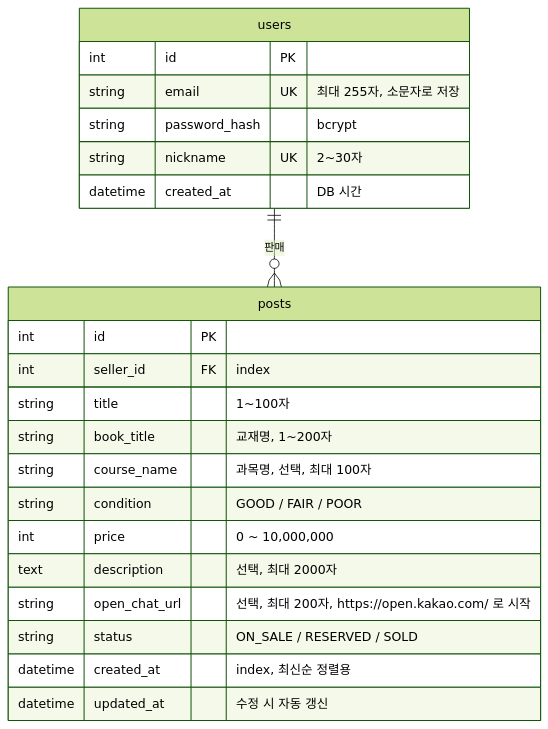
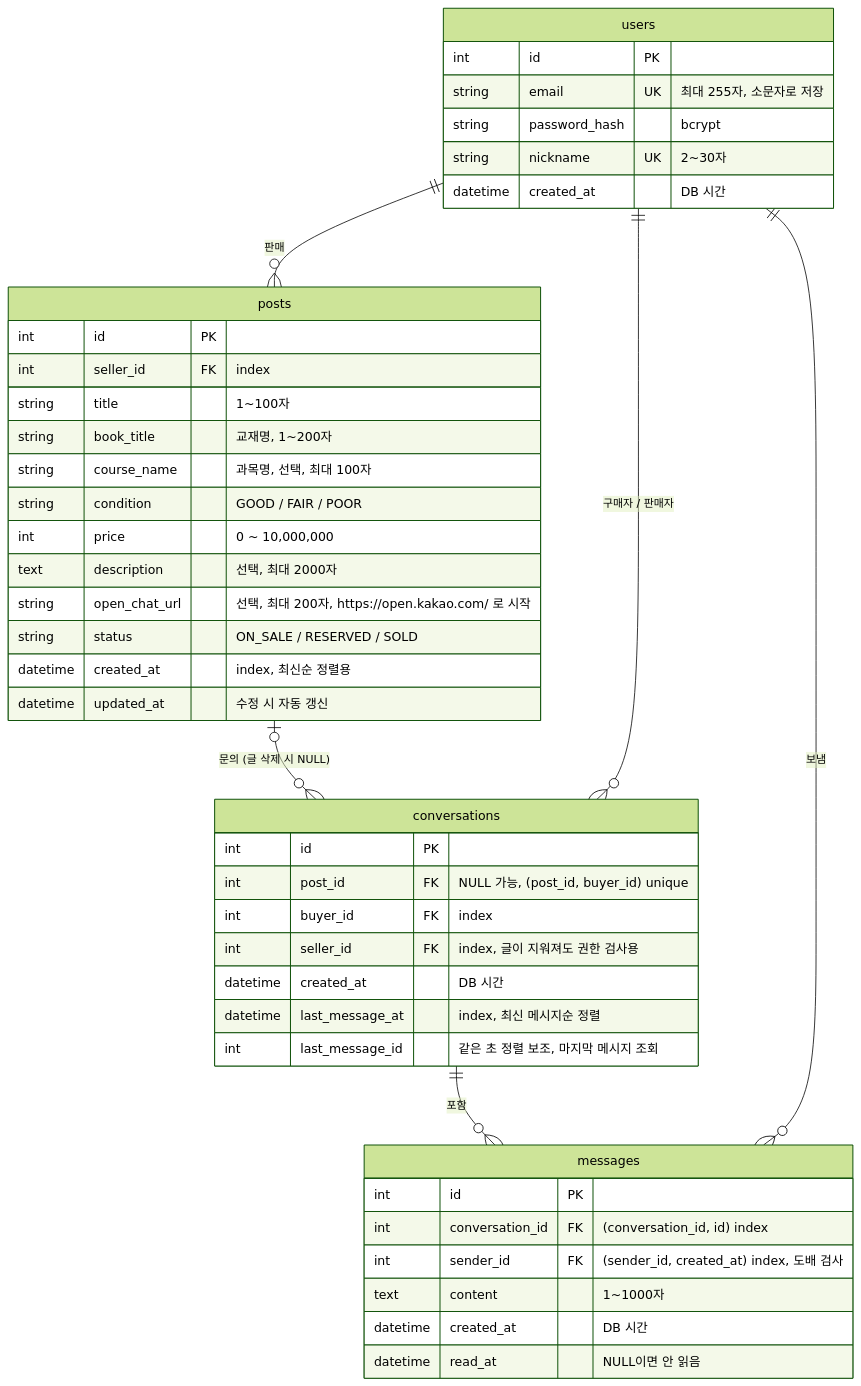
Before and after one commit to kim123-dev/campus-books: the second of 3 diagrams in README.md, drawn with Mermaid (forest theme). The commit also changed other lines of this file and 10 other files, not shown here.

````diff
--- a/README.md
+++ b/README.md
@@ -177,27 +179,50 @@
 ```mermaid
 erDiagram
     users ||--o{ posts : "판매"
+    posts |o--o{ conversations : "문의 (글 삭제 시 NULL)"
+    users ||--o{ conversations : "구매자 / 판매자"
+    conversations ||--o{ messages : "포함"
+    users ||--o{ messages : "보냄"
 
     users {
         int id PK
         string email UK "최대 255자, 소문자로 저장"
         string password_hash "bcrypt"
         string nickname UK "2~30자"
         datetime created_at "DB 시간"
     }
 
     posts {
         int id PK
         int seller_id FK "index"
         string title "1~100자"
         string book_title "교재명, 1~200자"
         string course_name "과목명, 선택, 최대 100자"
         string condition "GOOD / FAIR / POOR"
         int price "0 ~ 10,000,000"
         text description "선택, 최대 2000자"
         string open_chat_url "선택, 최대 200자, https://open.kakao.com/ 로 시작"
         string status "ON_SALE / RESERVED / SOLD"
         datetime created_at "index, 최신순 정렬용"
         datetime updated_at "수정 시 자동 갱신"
     }
+
+    conversations {
+        int id PK
+        int post_id FK "NULL 가능, (post_id, buyer_id) unique"
+        int buyer_id FK "index"
+        int seller_id FK "index, 글이 지워져도 권한 검사용"
+        datetime created_at "DB 시간"
+        datetime last_message_at "index, 최신 메시지순 정렬"
+        int last_message_id "같은 초 정렬 보조, 마지막 메시지 조회"
+    }
+
+    messages {
+        int id PK
+        int conversation_id FK "(conversation_id, id) index"
+        int sender_id FK "(sender_id, created_at) index, 도배 검사"
+        text content "1~1000자"
+        datetime created_at "DB 시간"
+        datetime read_at "NULL이면 안 읽음"
+    }
 ```
````
